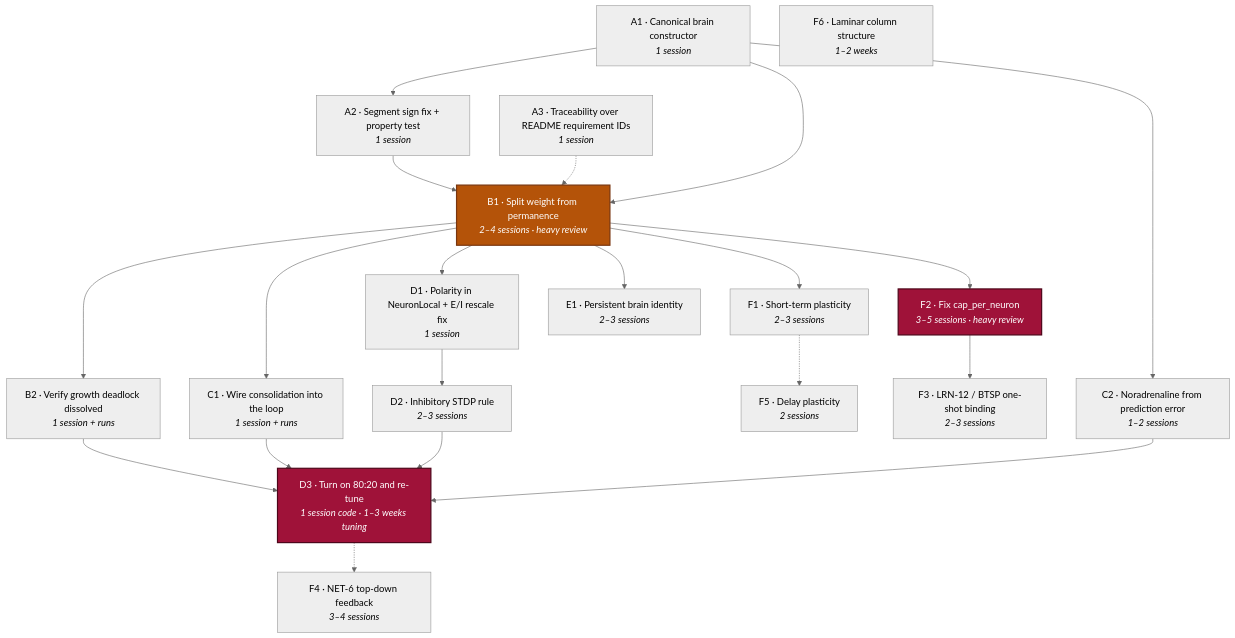
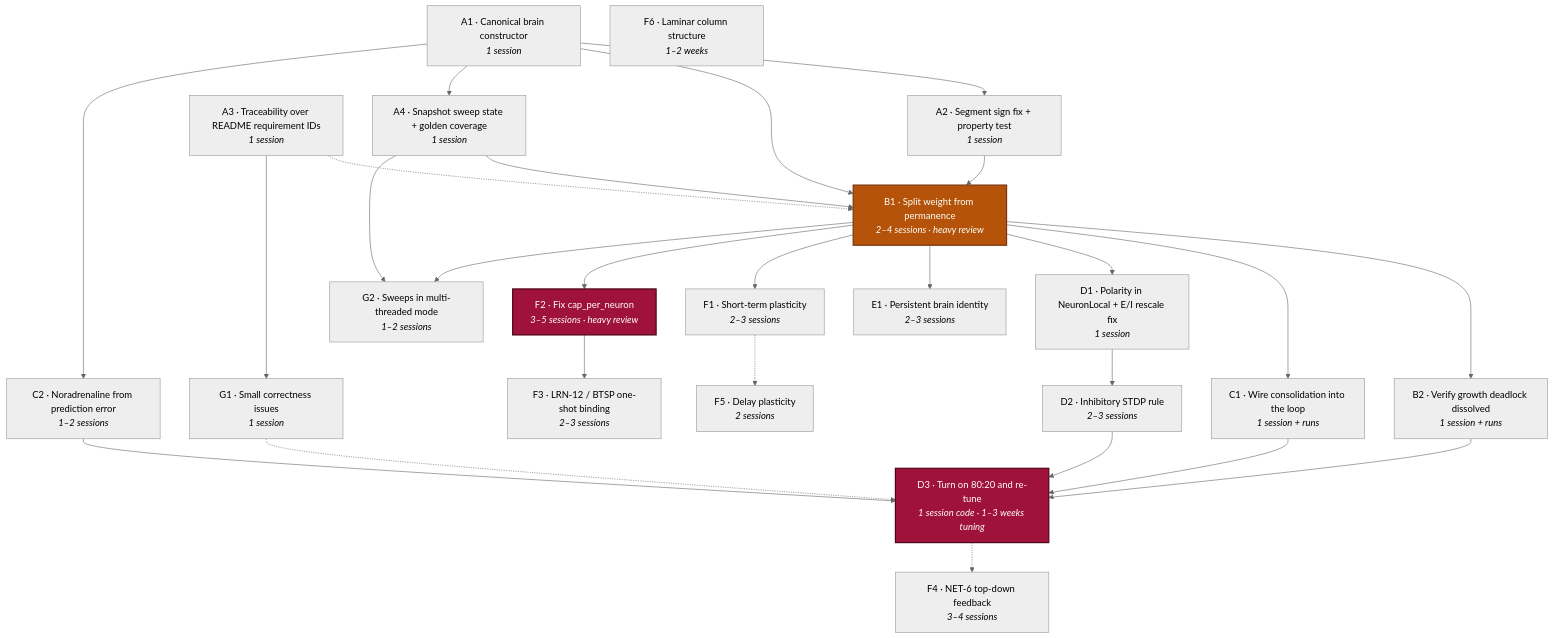
Before and after one commit to Bituhh/brain: the diagram in PLAN.md, drawn with Mermaid (neutral theme). The commit also changed other lines of this file, not shown here.

````diff
--- a/PLAN.md
+++ b/PLAN.md
@@ -47,50 +47,60 @@
 ```mermaid
 graph TD
     A1["A1 · Canonical brain constructor<br/><i>1 session</i>"]
     A2["A2 · Segment sign fix + property test<br/><i>1 session</i>"]
     A3["A3 · Traceability over README requirement IDs<br/><i>1 session</i>"]
+    A4["A4 · Snapshot sweep state + golden coverage<br/><i>1 session</i>"]
 
     B1["B1 · Split weight from permanence<br/><i>2–4 sessions · heavy review</i>"]
     B2["B2 · Verify growth deadlock dissolved<br/><i>1 session + runs</i>"]
 
     C1["C1 · Wire consolidation into the loop<br/><i>1 session + runs</i>"]
     C2["C2 · Noradrenaline from prediction error<br/><i>1–2 sessions</i>"]
 
     D1["D1 · Polarity in NeuronLocal + E/I rescale fix<br/><i>1 session</i>"]
     D2["D2 · Inhibitory STDP rule<br/><i>2–3 sessions</i>"]
     D3["D3 · Turn on 80:20 and re-tune<br/><i>1 session code · 1–3 weeks tuning</i>"]
 
     E1["E1 · Persistent brain identity<br/><i>2–3 sessions</i>"]
 
     F1["F1 · Short-term plasticity<br/><i>2–3 sessions</i>"]
     F2["F2 · Fix cap_per_neuron<br/><i>3–5 sessions · heavy review</i>"]
     F3["F3 · LRN-12 / BTSP one-shot binding<br/><i>2–3 sessions</i>"]
     F4["F4 · NET-6 top-down feedback<br/><i>3–4 sessions</i>"]
     F5["F5 · Delay plasticity<br/><i>2 sessions</i>"]
     F6["F6 · Laminar column structure<br/><i>1–2 weeks</i>"]
 
+    G1["G1 · Small correctness issues<br/><i>1 session</i>"]
+    G2["G2 · Sweeps in multi-threaded mode<br/><i>1–2 sessions</i>"]
+
     A1 --> A2
     A1 --> B1
     A2 --> B1
     A3 -.-> B1
+    A1 --> A4
+    A4 --> B1
     B1 --> B2
     B1 --> C1
     B1 --> D1
     B1 --> E1
     B1 --> F1
     B2 --> D3
     C1 --> D3
     C2 --> D3
     A1 --> C2
     D1 --> D2
     D2 --> D3
     F2 --> F3
     B1 --> F2
     D3 -.-> F4
     F1 -.-> F5
+    A3 --> G1
+    G1 -.-> D3
+    A4 --> G2
+    B1 --> G2
 
     classDef gate fill:#b45309,stroke:#78350f,color:#fff,stroke-width:2px
     classDef risk fill:#9f1239,stroke:#4c0519,color:#fff,stroke-width:2px
     class B1 gate
     class D3,F2 risk
 ```
````
